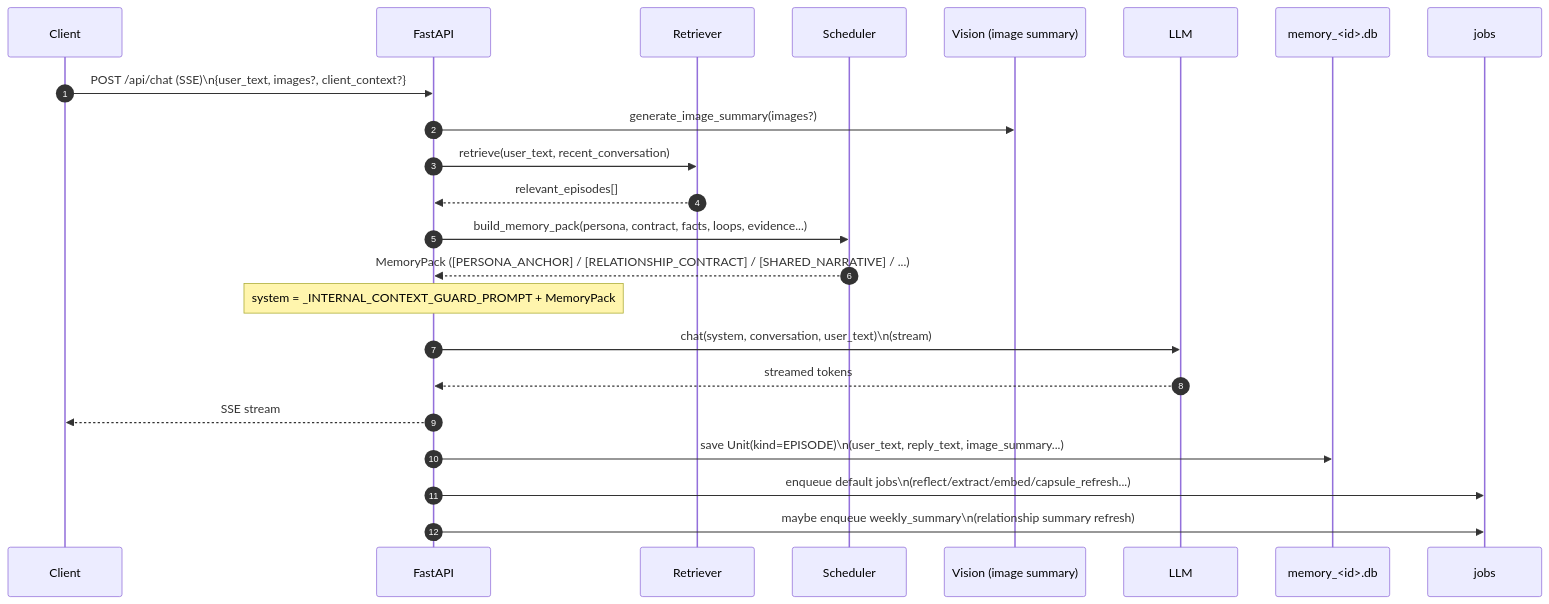
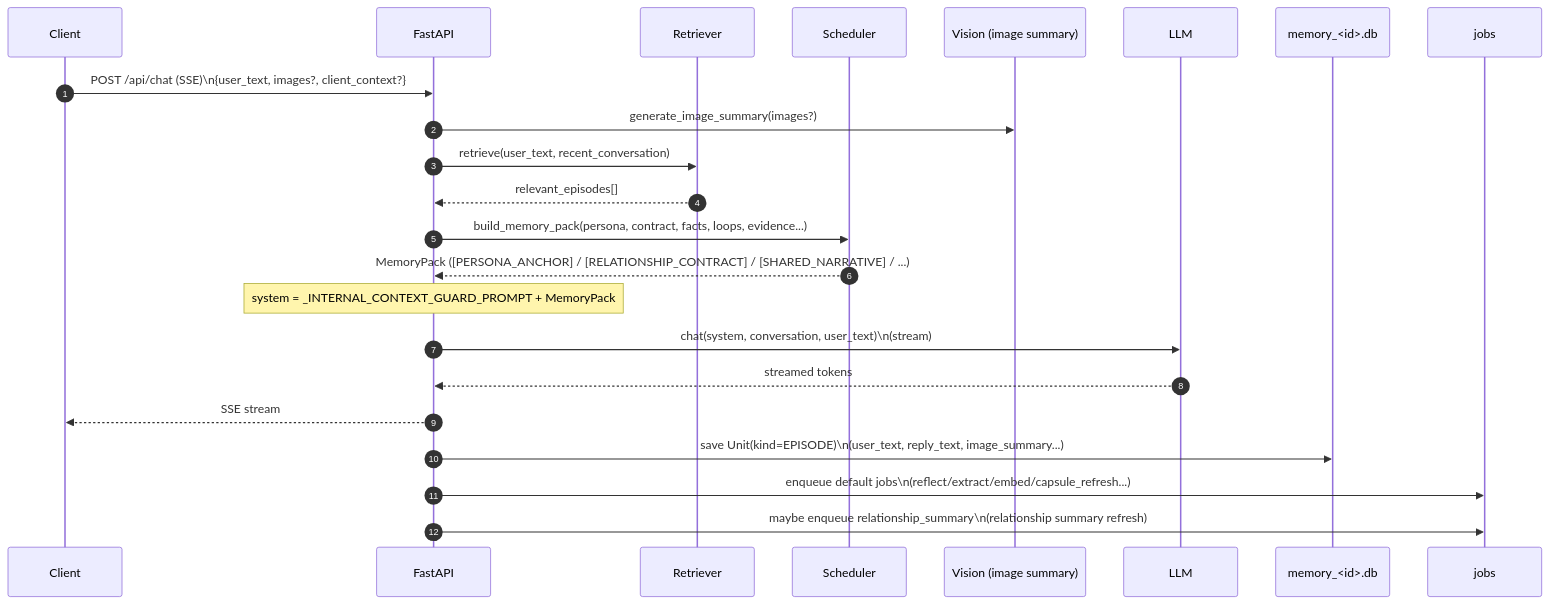
Before and after one commit to hirona98/cocoro_ghost: the third of 4 diagrams in docs/prompt_usage_map.md, drawn with Mermaid. The commit also changed other lines of this file and 9 other files, not shown here.

````diff
--- a/docs/prompt_usage_map.md
+++ b/docs/prompt_usage_map.md
@@ -159,26 +159,26 @@
 ```mermaid
 sequenceDiagram
   autonumber
   participant UI as Client
   participant API as FastAPI
   participant RET as Retriever
   participant SCH as Scheduler
   participant VIS as Vision (image summary)
   participant LLM as LLM
   participant DB as memory_<id>.db
   participant Q as jobs
 
   UI->>API: POST /api/chat (SSE)\n{user_text, images?, client_context?}
   API->>VIS: generate_image_summary(images?)
   API->>RET: retrieve(user_text, recent_conversation)
   RET-->>API: relevant_episodes[]
   API->>SCH: build_memory_pack(persona, contract, facts, loops, evidence...)
   SCH-->>API: MemoryPack ([PERSONA_ANCHOR] / [RELATIONSHIP_CONTRACT] / [SHARED_NARRATIVE] / ...)
   Note over API: system = _INTERNAL_CONTEXT_GUARD_PROMPT + MemoryPack
   API->>LLM: chat(system, conversation, user_text)\n(stream)
   LLM-->>API: streamed tokens
   API-->>UI: SSE stream
   API->>DB: save Unit(kind=EPISODE)\n(user_text, reply_text, image_summary...)
   API->>Q: enqueue default jobs\n(reflect/extract/embed/capsule_refresh...)
-  API->>Q: maybe enqueue weekly_summary\n(relationship summary refresh)
+  API->>Q: maybe enqueue relationship_summary\n(relationship summary refresh)
 ```
````
